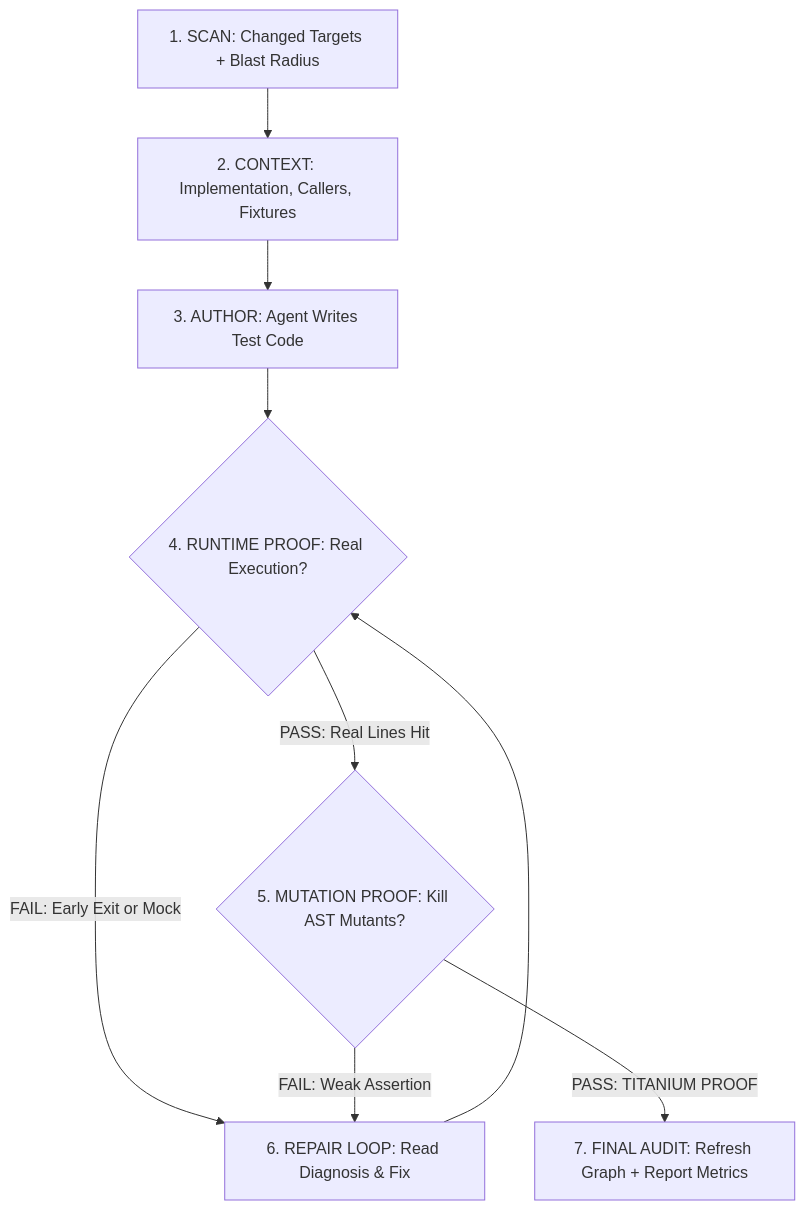
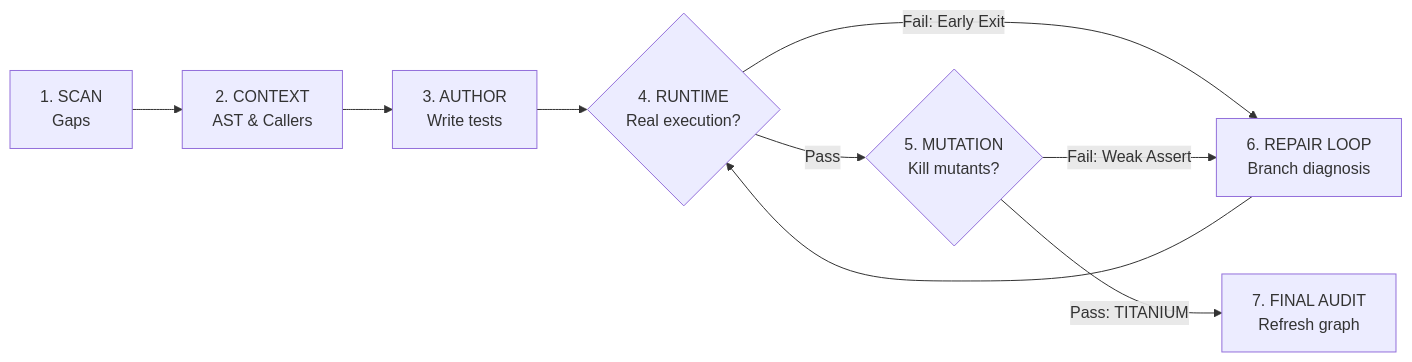
The diagram in skills/softgnn-advisor/SKILL.md (minhquang0407/proven), drawn with Mermaid before and after one commit. The commit also changed other lines of this file and 4 other files, not shown here.

````diff
--- a/skills/softgnn-advisor/SKILL.md
+++ b/skills/softgnn-advisor/SKILL.md
@@ -32,11 +45,11 @@
 ```mermaid
-flowchart TD
-    Scan[1. SCAN: Changed Targets + Blast Radius] --> Context[2. CONTEXT: Implementation, Callers, Fixtures]
-    Context --> Author[3. AUTHOR: Agent Writes Test Code]
-    Author --> RunProof{4. RUNTIME PROOF: Real Execution?}
-    RunProof -->|FAIL: Early Exit or Mock| Repair[6. REPAIR LOOP: Read Diagnosis & Fix]
-    RunProof -->|PASS: Real Lines Hit| MutProof{5. MUTATION PROOF: Kill AST Mutants?}
-    MutProof -->|FAIL: Weak Assertion| Repair
+flowchart LR
+    Scan[1. SCAN<br/>Gaps] --> Context[2. CONTEXT<br/>AST & Callers]
+    Context --> Author[3. AUTHOR<br/>Write tests]
+    Author --> RunProof{4. RUNTIME<br/>Real execution?}
+    RunProof -->|Pass| MutProof{5. MUTATION<br/>Kill mutants?}
+    RunProof -->|Fail: Early Exit| Repair[6. REPAIR LOOP<br/>Branch diagnosis]
+    MutProof -->|Fail: Weak Assert| Repair
     Repair --> RunProof
-    MutProof -->|PASS: TITANIUM PROOF| FinalAudit[7. FINAL AUDIT: Refresh Graph + Report Metrics]
+    MutProof -->|Pass: TITANIUM| Audit[7. FINAL AUDIT<br/>Refresh graph]
 ```
````
